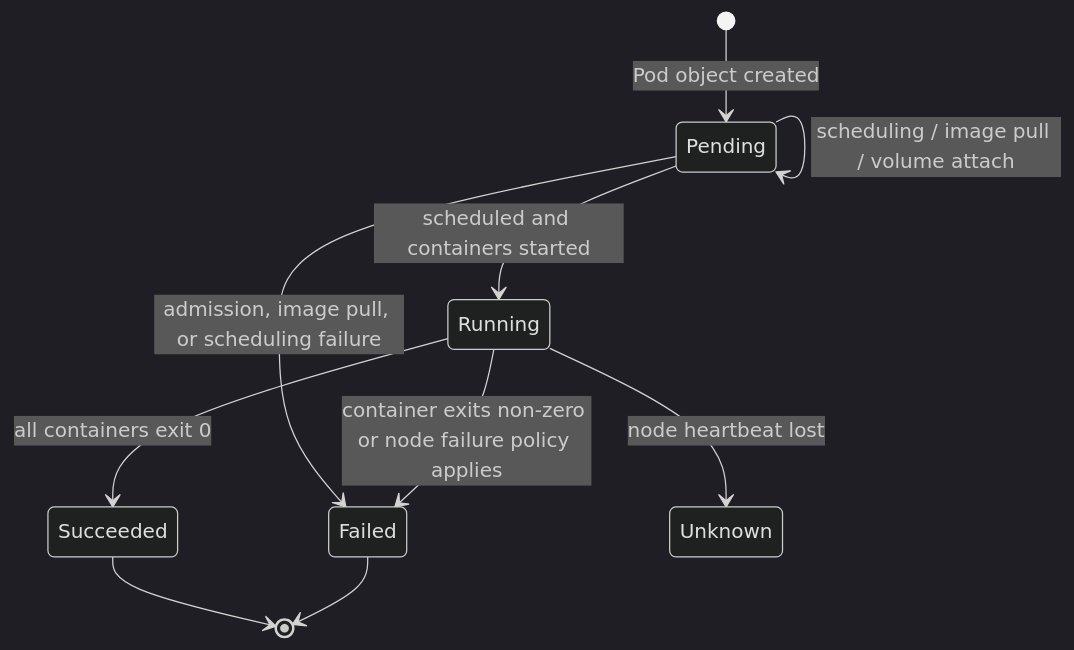
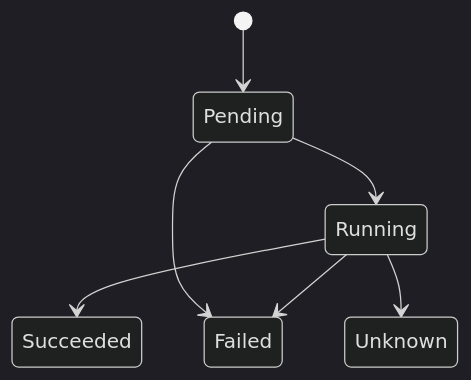
One commit to rgb-vgx/Open-Knowledge changed the third of 5 diagrams in DevOps/Docker K8s/Section 01 Getting Started/012. Kubernetes Architecture Deep Dive.md. Above: the diagram before and after it, drawn with Mermaid (dark theme). The commit also changed other lines of this file and 7 other files, not shown here.

````diff
--- a/DevOps/Docker K8s/Section 01 Getting Started/012. Kubernetes Architecture Deep Dive.md
+++ b/DevOps/Docker K8s/Section 01 Getting Started/012. Kubernetes Architecture Deep Dive.md
@@ -107,12 +96,9 @@
 ```mermaid
 stateDiagram-v2
-    [*] --> Pending: Pod object created
-    Pending --> Pending: scheduling / image pull / volume attach
-    Pending --> Running: scheduled and containers started
-    Pending --> Failed: admission, image pull, or scheduling failure
-    Running --> Succeeded: all containers exit 0
-    Running --> Failed: container exits non-zero or node failure policy applies
-    Running --> Unknown: node heartbeat lost
-    Succeeded --> [*]
-    Failed --> [*]
+    [*] --> Pending
+    Pending --> Running
+    Pending --> Failed
+    Running --> Succeeded
+    Running --> Failed
+    Running --> Unknown
 ```
````
